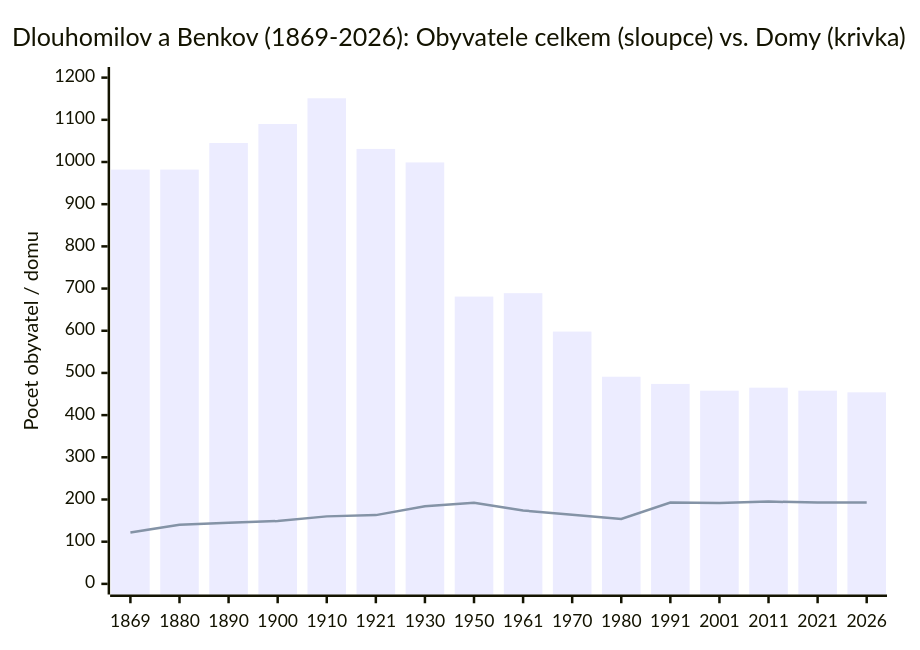
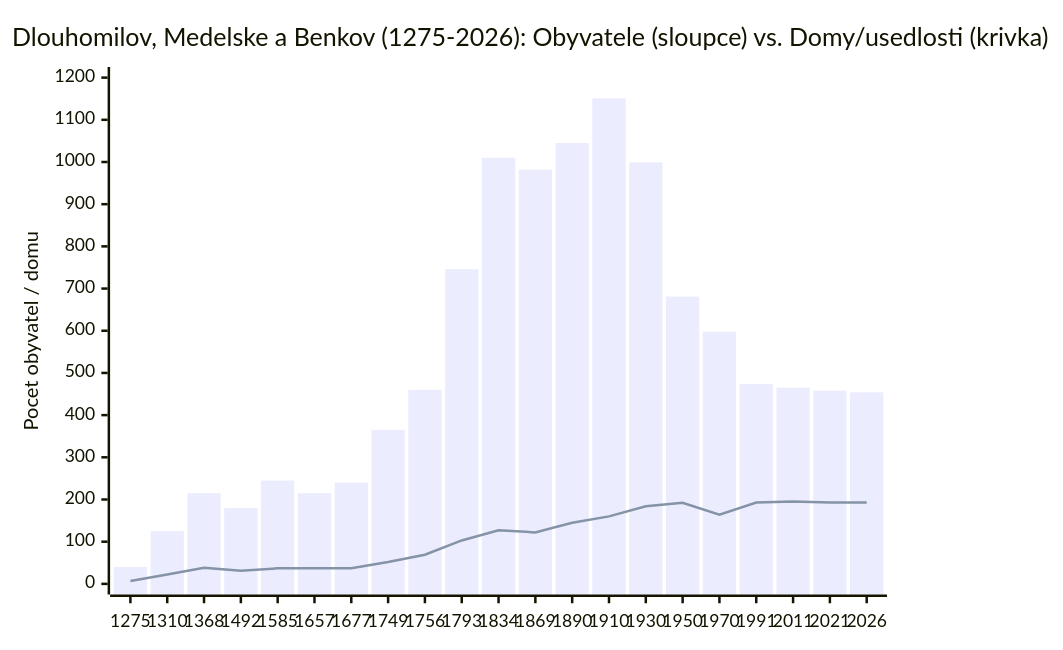
The first of 5 diagrams in docs/demografie_csu_1869_2026.md (KarelBerka/Dlouhomilov), drawn with Mermaid before and after one commit. The commit also changed other lines of this file and 234 other files, not shown here.

````diff
--- a/docs/demografie_csu_1869_2026.md
+++ b/docs/demografie_csu_1869_2026.md
@@ -25,8 +30,8 @@
 ```mermaid
 xychart-beta
-    title "Dlouhomilov a Benkov (1869-2026): Obyvatele celkem (sloupce) vs. Domy (krivka)"
-    x-axis ["1869", "1880", "1890", "1900", "1910", "1921", "1930", "1950", "1961", "1970", "1980", "1991", "2001", "2011", "2021", "2026"]
+    title "Dlouhomilov, Medelske a Benkov (1275-2026): Obyvatele (sloupce) vs. Domy/usedlosti (krivka)"
+    x-axis ["1275", "1310", "1368", "1492", "1585", "1657", "1677", "1749", "1756", "1793", "1834", "1869", "1890", "1910", "1930", "1950", "1970", "1991", "2011", "2021", "2026"]
     y-axis "Pocet obyvatel / domu" 0 --> 1200
-    bar [982, 982, 1045, 1090, 1151, 1031, 999, 681, 689, 598, 491, 474, 458, 465, 458, 454]
-    line [122, 140, 145, 149, 160, 163, 184, 192, 174, 164, 154, 193, 192, 195, 193, 193]
+    bar [40, 125, 215, 180, 245, 215, 240, 365, 460, 746, 1010, 982, 1045, 1151, 999, 681, 598, 474, 465, 458, 454]
+    line [7, 22, 38, 31, 37, 37, 37, 52, 69, 103, 127, 122, 145, 160, 184, 192, 164, 193, 195, 193, 193]
 ```
````
